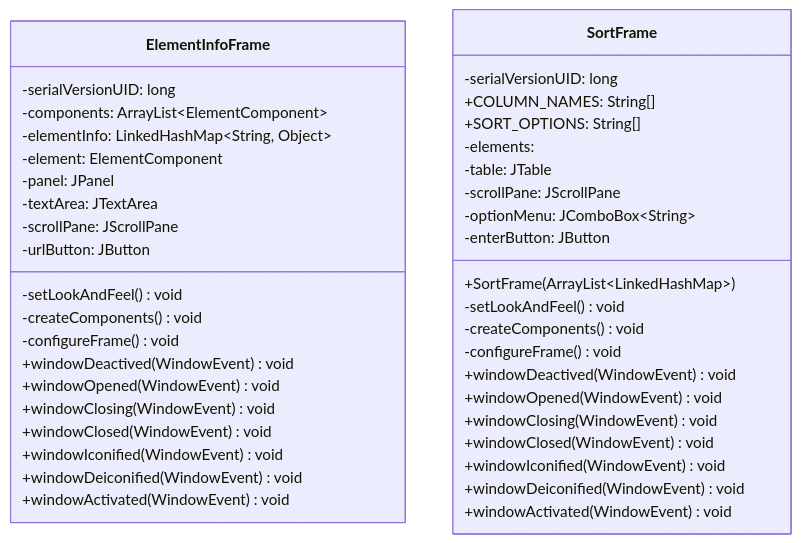
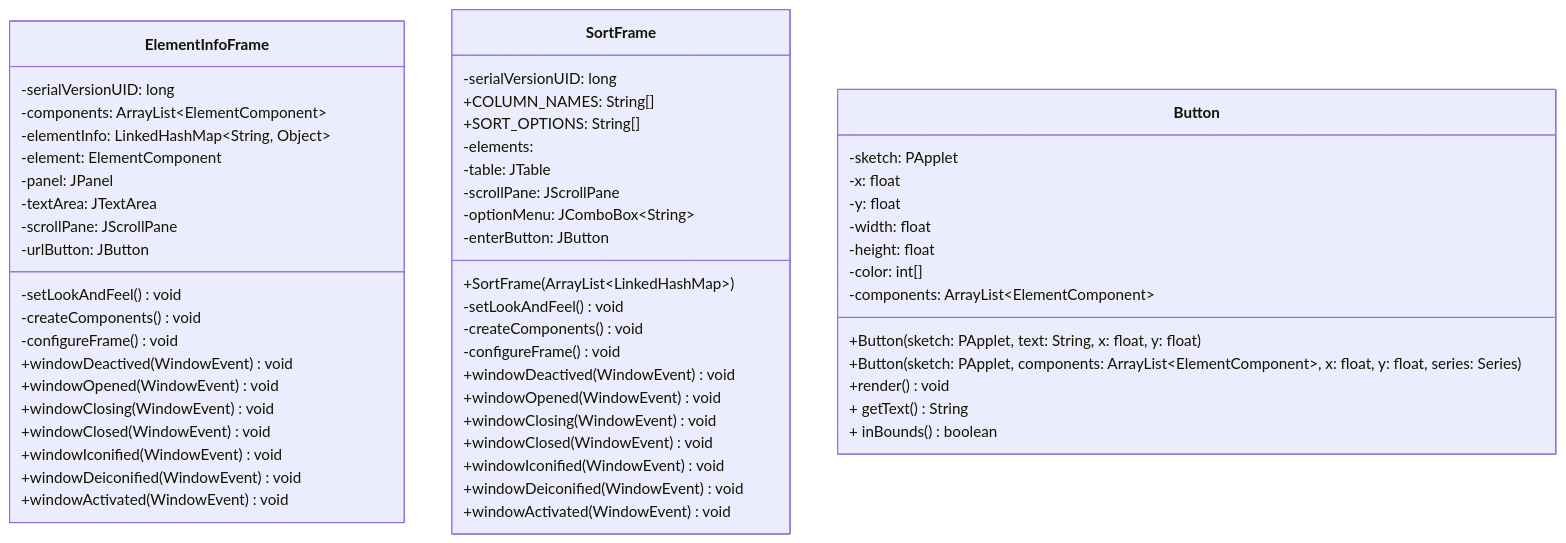
One commit to 9661328/cp2-individual-project changed the diagram in README.md. Above: the diagram before and after it, drawn with Mermaid.

````diff
--- a/README.md
+++ b/README.md
@@ -22,49 +22,65 @@
 ```mermaid
 
 classDiagram
 
 class ElementInfoFrame{
 -serialVersionUID: long
 -components: ArrayList~ElementComponent~
 -elementInfo: LinkedHashMap~String, Object~
 -element: ElementComponent
 -panel: JPanel
 -textArea: JTextArea
 -scrollPane: JScrollPane
 -urlButton: JButton
  
 -setLookAndFeel() void
 -createComponents() void
 -configureFrame() void
 +windowDeactived(WindowEvent) void
 +windowOpened(WindowEvent) void
 +windowClosing(WindowEvent) void
 +windowClosed(WindowEvent) void
 +windowIconified(WindowEvent) void
 +windowDeiconified(WindowEvent) void
 +windowActivated(WindowEvent) void
 }
 
 class SortFrame{
 -serialVersionUID: long
 +COLUMN_NAMES: String[]
 +SORT_OPTIONS: String[]
 -elements: 
 -table: JTable
 -scrollPane: JScrollPane
 -optionMenu: JComboBox~String~
 -enterButton: JButton
 
 +SortFrame(ArrayList~LinkedHashMap~)
 -setLookAndFeel() void
 -createComponents() void
 -configureFrame() void
 +windowDeactived(WindowEvent) void
 +windowOpened(WindowEvent) void
 +windowClosing(WindowEvent) void
 +windowClosed(WindowEvent) void
 +windowIconified(WindowEvent) void
 +windowDeiconified(WindowEvent) void
 +windowActivated(WindowEvent) void
 }
+
+class Button{
+-sketch: PApplet
+-x: float
+-y: float
+-width: float
+-height: float
+-color: int[]
+-components: ArrayList~ElementComponent~
+
++Button(sketch: PApplet, text: String, x: float, y: float)
++Button(sketch: PApplet, components: ArrayList~ElementComponent~, x: float, y: float, series: Series)
++render() void
++ getText() String
++ inBounds() boolean
+}
 ```
````
